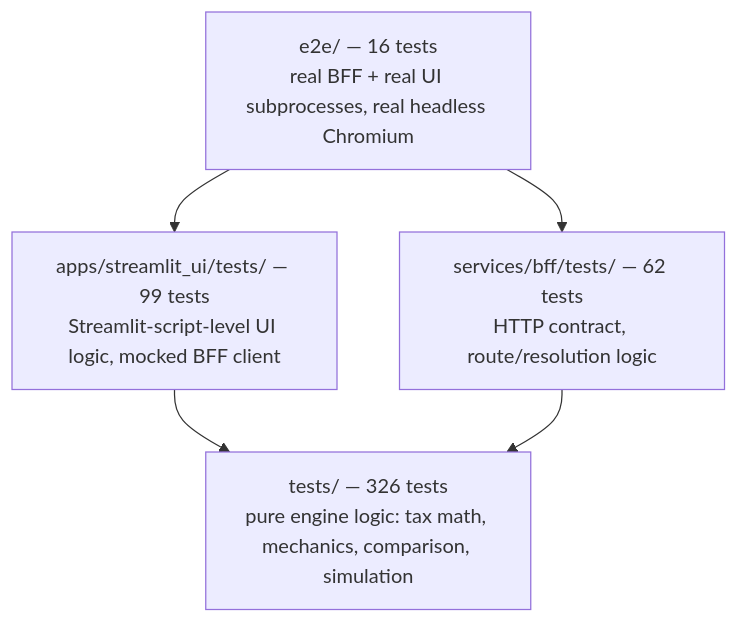
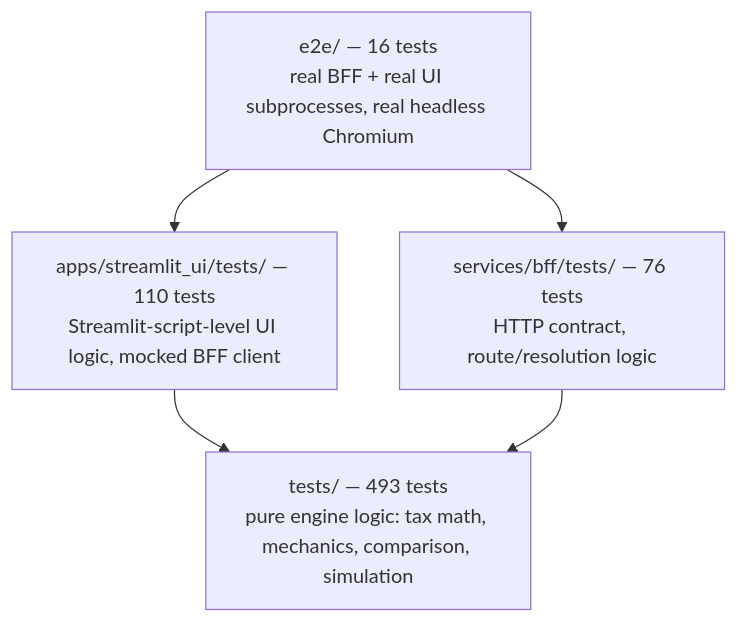
One commit to muirjc/retirement-planner changed the seventh of 7 diagrams in docs/SOLUTION_ARCHITECTURE.md. Above: the diagram before and after it, drawn with Mermaid. The commit also changed other lines of this file and 4 other files, not shown here.

````diff
--- a/docs/SOLUTION_ARCHITECTURE.md
+++ b/docs/SOLUTION_ARCHITECTURE.md
@@ -265,12 +265,12 @@
 ```mermaid
 graph TD
     E2E["e2e/ — 16 tests<br/>real BFF + real UI subprocesses, real headless Chromium"]
-    UI["apps/streamlit_ui/tests/ — 99 tests<br/>Streamlit-script-level UI logic, mocked BFF client"]
-    BFF["services/bff/tests/ — 62 tests<br/>HTTP contract, route/resolution logic"]
-    CORE["tests/ — 326 tests<br/>pure engine logic: tax math, mechanics, comparison, simulation"]
+    UI["apps/streamlit_ui/tests/ — 110 tests<br/>Streamlit-script-level UI logic, mocked BFF client"]
+    BFF["services/bff/tests/ — 76 tests<br/>HTTP contract, route/resolution logic"]
+    CORE["tests/ — 493 tests<br/>pure engine logic: tax math, mechanics, comparison, simulation"]
 
     E2E --> UI
     E2E --> BFF
     UI --> CORE
     BFF --> CORE
 ```
````
